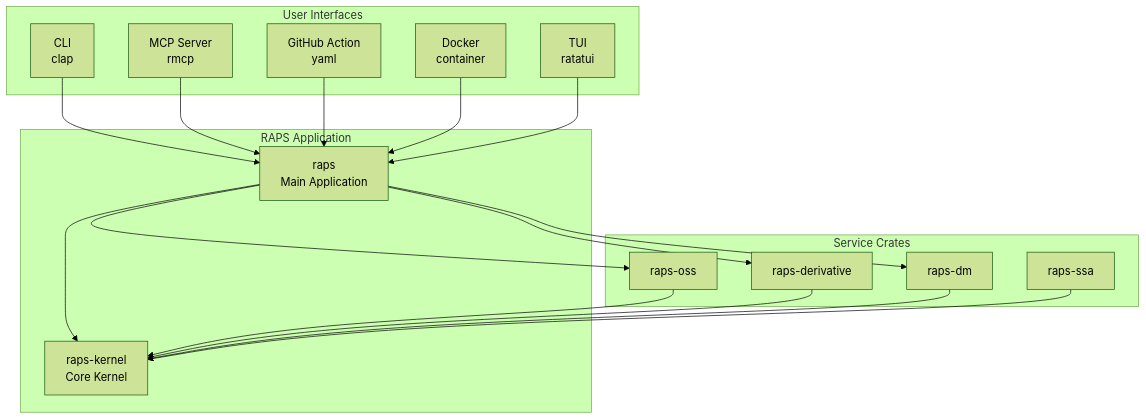
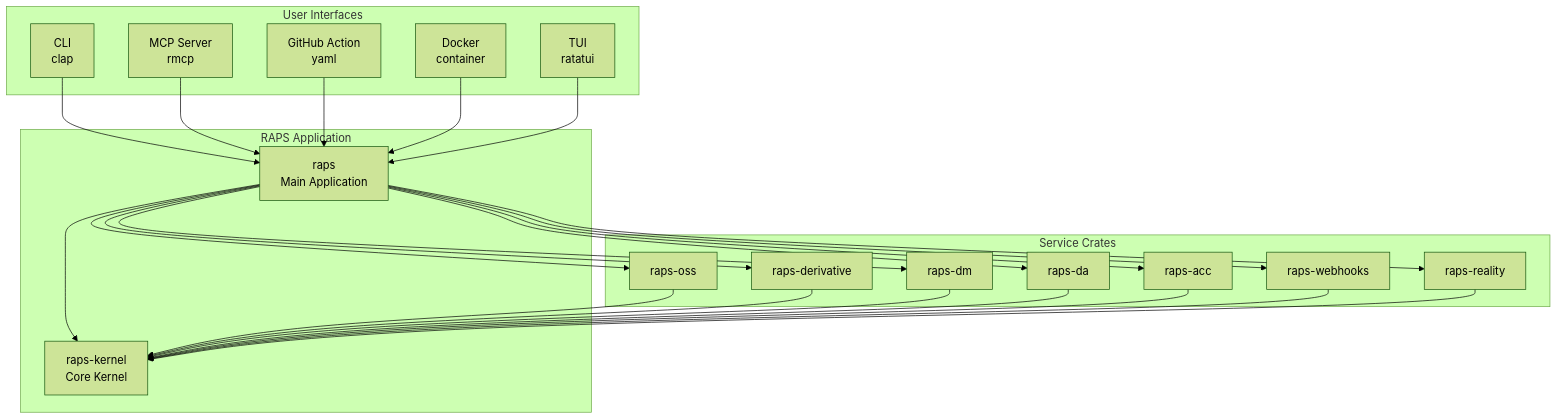
One commit to dmytro-yemelianov/raps-website changed the diagram in src/content/docs/architecture.mdx. Above: the diagram before and after it, drawn with Mermaid (forest theme). The commit also changed other lines of this file and 3 other files, not shown here.

````diff
--- a/src/content/docs/architecture.mdx
+++ b/src/content/docs/architecture.mdx
@@ -25,39 +25,49 @@
 ```mermaid
 graph TB
     subgraph "User Interfaces"
         CLI[CLI<br/>clap]
         MCP[MCP Server<br/>rmcp]
         ACT[GitHub Action<br/>yaml]
         DOC[Docker<br/>container]
         TUI[TUI<br/>ratatui]
     end
     
     subgraph "RAPS Application"
         APP[raps<br/>Main Application]
         KER[raps-kernel<br/>Core Kernel]
     end
     
     subgraph "Service Crates"
         OSS[raps-oss]
         DER[raps-derivative]
         DM[raps-dm]
-        SSA[raps-ssa]
+        DA[raps-da]
+        ACC[raps-acc]
+        WH[raps-webhooks]
+        RC[raps-reality]
     end
     
     CLI --> APP
     MCP --> APP
     ACT --> APP
     DOC --> APP
     TUI --> APP
     
     APP --> KER
     
     OSS --> KER
     DER --> KER
     DM --> KER
-    SSA --> KER
-    
+    DA --> KER
+    ACC --> KER
+    WH --> KER
+    RC --> KER
+
     APP --> OSS
     APP --> DER
     APP --> DM
+    APP --> DA
+    APP --> ACC
+    APP --> WH
+    APP --> RC
 ```
````
